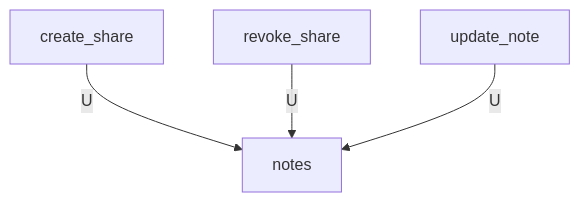
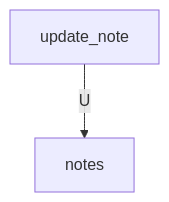
Diagram 12 of 14 in docs/generated/database/crud.gen.md (tsuji-tomonori/CornellNoteWebv2), drawn with Mermaid before and after one commit. The commit also changed other lines of this file and 194 other files, not shown here.

````diff
--- a/docs/generated/database/crud.gen.md
+++ b/docs/generated/database/crud.gen.md
@@ -39,7 +127,5 @@
 ```mermaid
 flowchart TD
   DB["notes"]
-  A0["create_share"] -->|U| DB
-  A1["revoke_share"] -->|U| DB
-  A2["update_note"] -->|U| DB
+  A0["update_note"] -->|U| DB
 ```
````
